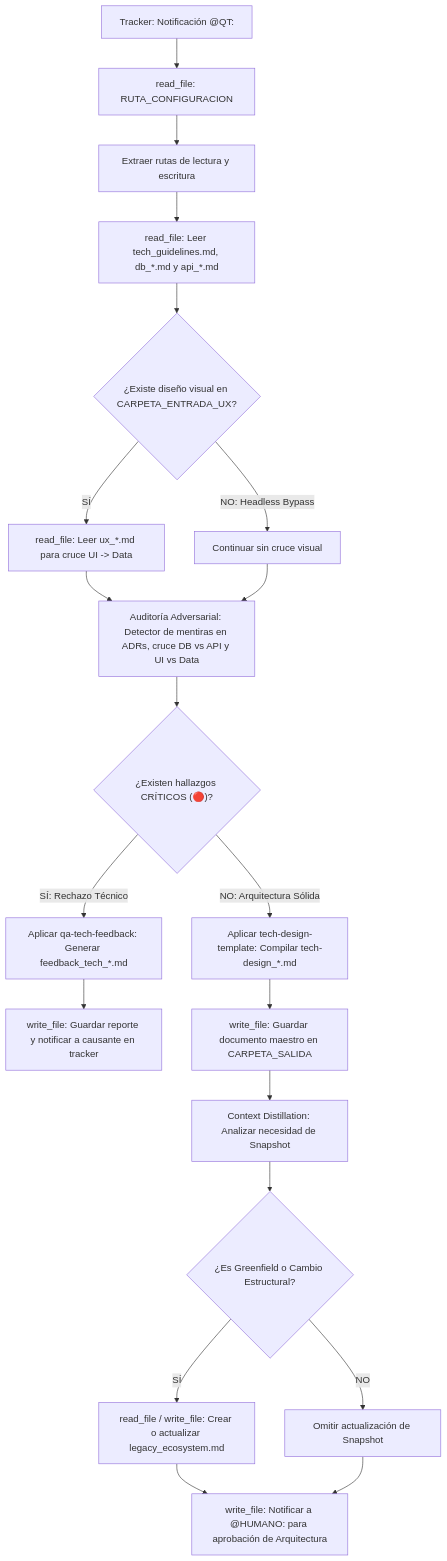
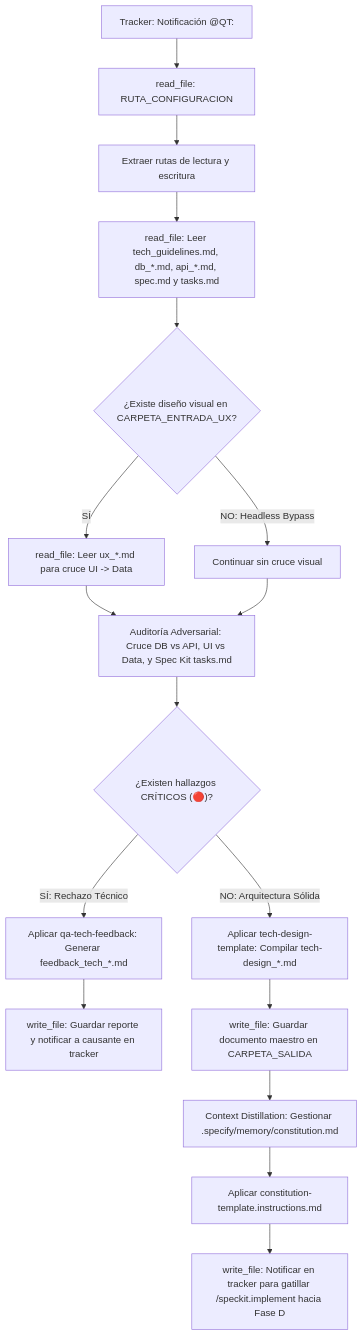
The diagram in qa-tech/AGENTS.md (pauloravicaceres/template-bmad), drawn with Mermaid before and after one commit. The commit also changed other lines of this file and 132 other files, not shown here.

Commit message:
Implement stop_agents.py to automate the closure of BMAD fleet tabs and panels in Herdr, including context retrieval, tab management, and agent cleanup.

````diff
--- a/qa-tech/AGENTS.md
+++ b/qa-tech/AGENTS.md
@@ -75,24 +65,21 @@
 ```mermaid
 flowchart TD
     A["Tracker: Notificación @QT:"] --> B["read_file: RUTA_CONFIGURACION"]
     B --> C["Extraer rutas de lectura y escritura"]
-    C --> D["read_file: Leer tech_guidelines.md, db_*.md y api_*.md"]
+    C --> D["read_file: Leer tech_guidelines.md, db_*.md, api_*.md, spec.md y tasks.md"]
     D --> E{"¿Existe diseño visual en CARPETA_ENTRADA_UX?"}
     E -->|SÍ| F["read_file: Leer ux_*.md para cruce UI -> Data"]
     E -->|NO: Headless Bypass| G["Continuar sin cruce visual"]
-    F --> H["Auditoría Adversarial: Detector de mentiras en ADRs, cruce DB vs API y UI vs Data"]
+    F --> H["Auditoría Adversarial: Cruce DB vs API, UI vs Data, y Spec Kit tasks.md"]
     G --> H
     
     H --> I{"¿Existen hallazgos CRÍTICOS (🔴)?"}
     I -->|SÍ: Rechazo Técnico| J["Aplicar qa-tech-feedback: Generar feedback_tech_*.md"]
     J --> K["write_file: Guardar reporte y notificar a causante en tracker"]
     
     I -->|NO: Arquitectura Sólida| L["Aplicar tech-design-template: Compilar tech-design_*.md"]
     L --> M["write_file: Guardar documento maestro en CARPETA_SALIDA"]
-    M --> N["Context Distillation: Analizar necesidad de Snapshot"]
-    N --> O{"¿Es Greenfield o Cambio Estructural?"}
-    O -->|SÍ| P["read_file / write_file: Crear o actualizar legacy_ecosystem.md"]
-    O -->|NO| Q["Omitir actualización de Snapshot"]
-    P --> R["write_file: Notificar a @HUMANO: para aprobación de Arquitectura"]
-    Q --> R
+    M --> N["Context Distillation: Gestionar .specify/memory/constitution.md"]
+    N --> O["Aplicar constitution-template.instructions.md"]
+    O --> P["write_file: Notificar en tracker para gatillar /speckit.implement hacia Fase D"]
 ```
````
